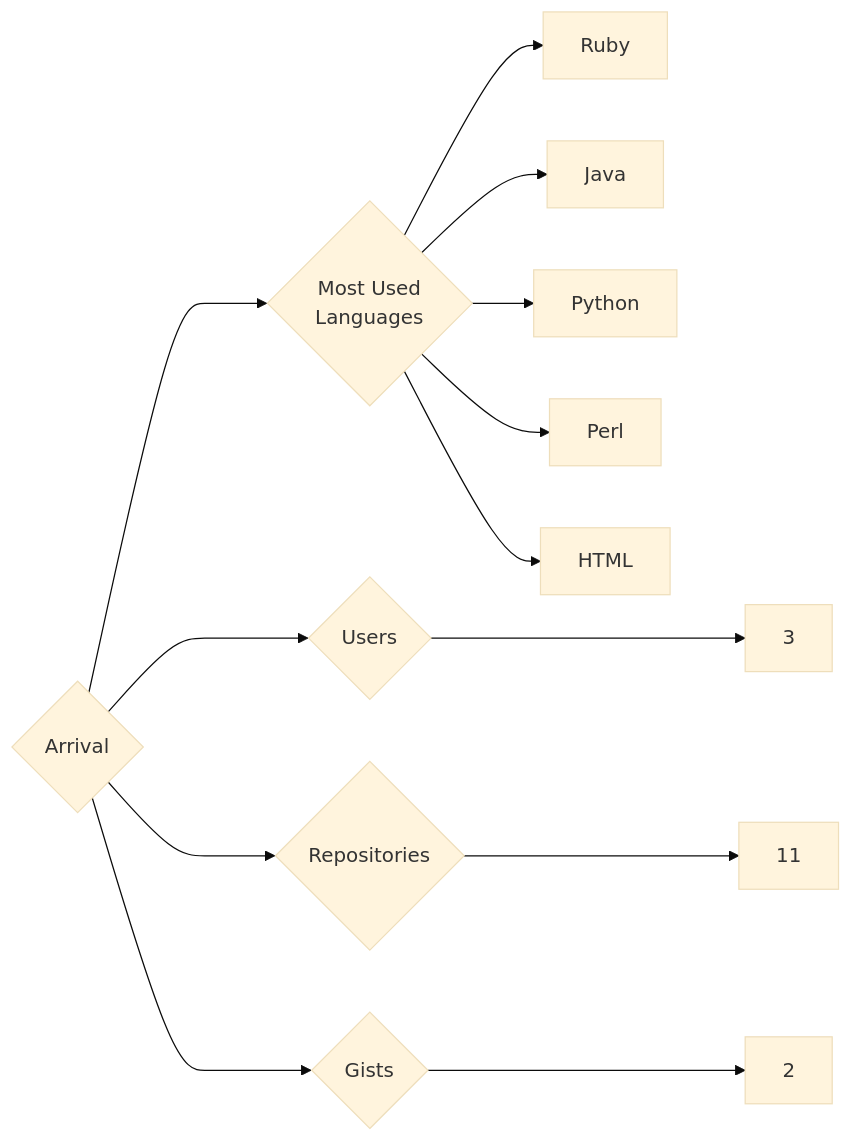
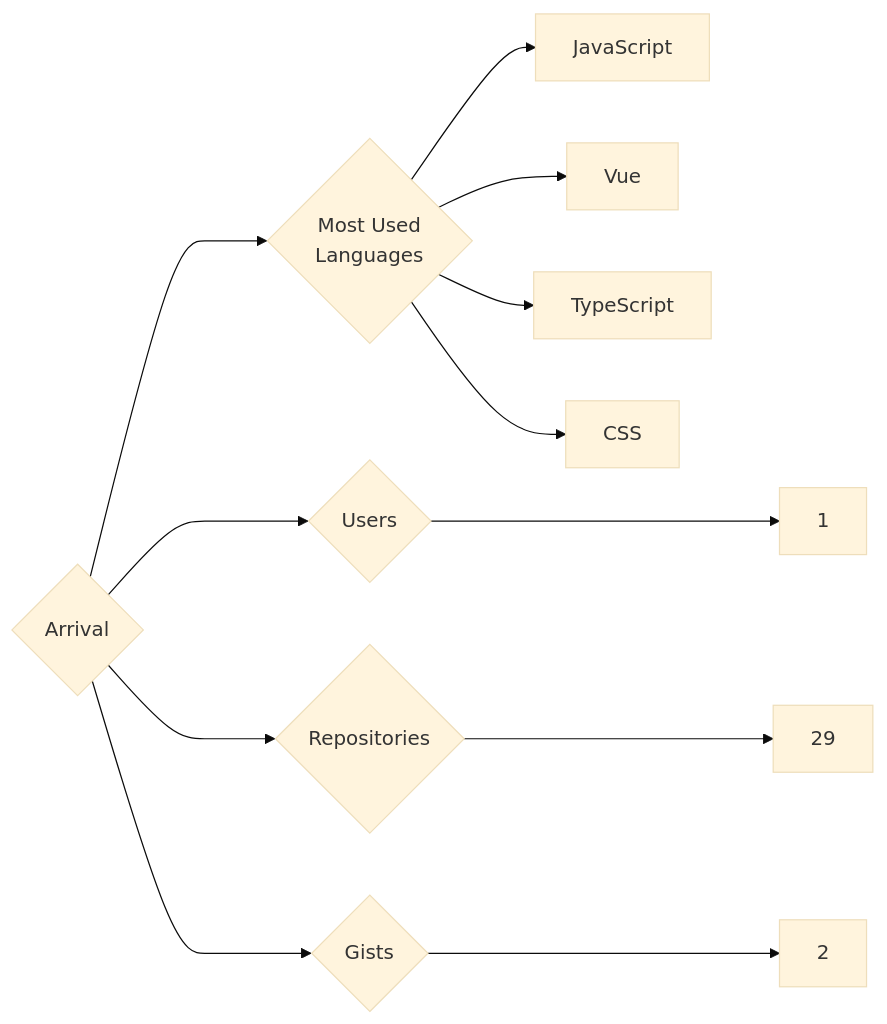
The diagram in targets/Arrival/README.md (trickest/insiders), drawn with Mermaid (base theme) before and after one commit. The commit also changed 682 other files, not shown here.

````diff
--- a/targets/Arrival/README.md
+++ b/targets/Arrival/README.md
@@ -3,13 +3,12 @@
 ```mermaid
 graph LR
 COMPANY_NAME{Arrival}
-COMPANY_NAME ---> U{Users} ---> UN[3]
-COMPANY_NAME ---> R{Repositories} ---> RN[11]
+COMPANY_NAME ---> U{Users} ---> UN[1]
+COMPANY_NAME ---> R{Repositories} ---> RN[29]
 COMPANY_NAME ---> G{Gists} ---> GN[2]
 COMPANY_NAME ---> ML{Most Used<br>Languages}
-ML --> Ruby[Ruby]
-ML --> Java[Java]
-ML --> Python[Python]
-ML --> Perl[Perl]
-ML --> HTML[HTML]
+ML --> JavaScript[JavaScript]
+ML --> Vue[Vue]
+ML --> TypeScript[TypeScript]
+ML --> CSS[CSS]
 ```
````
